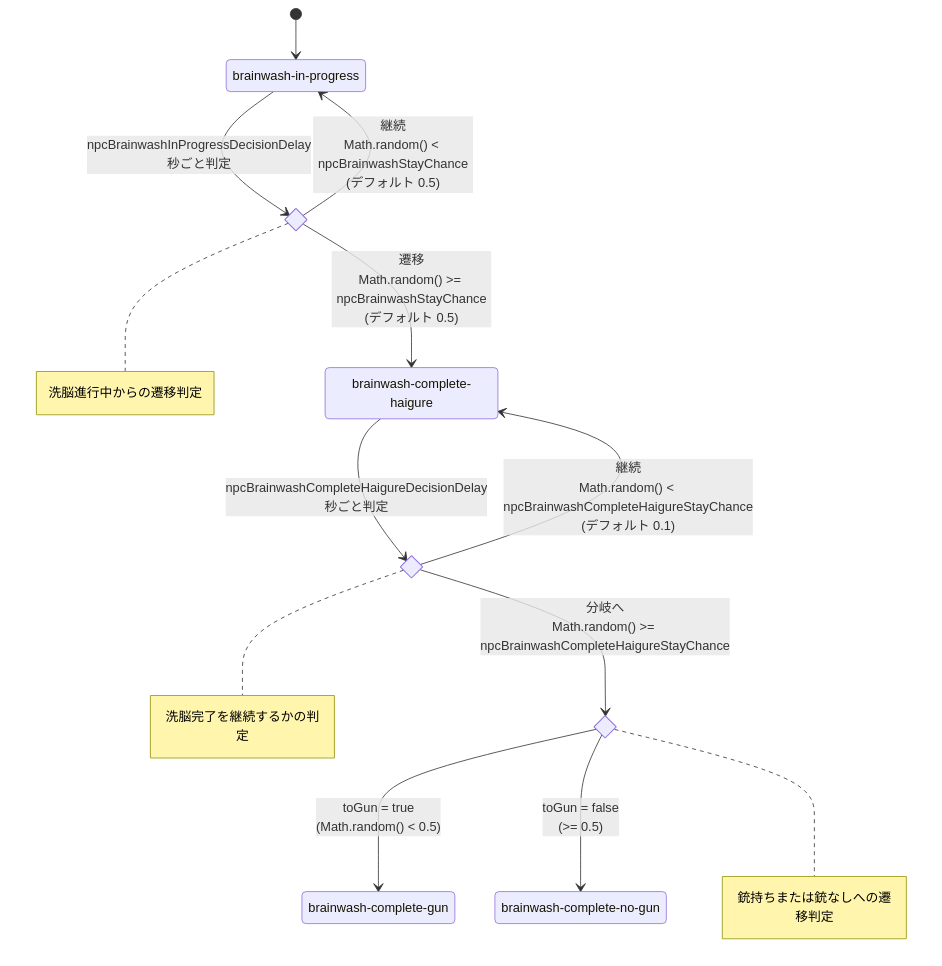
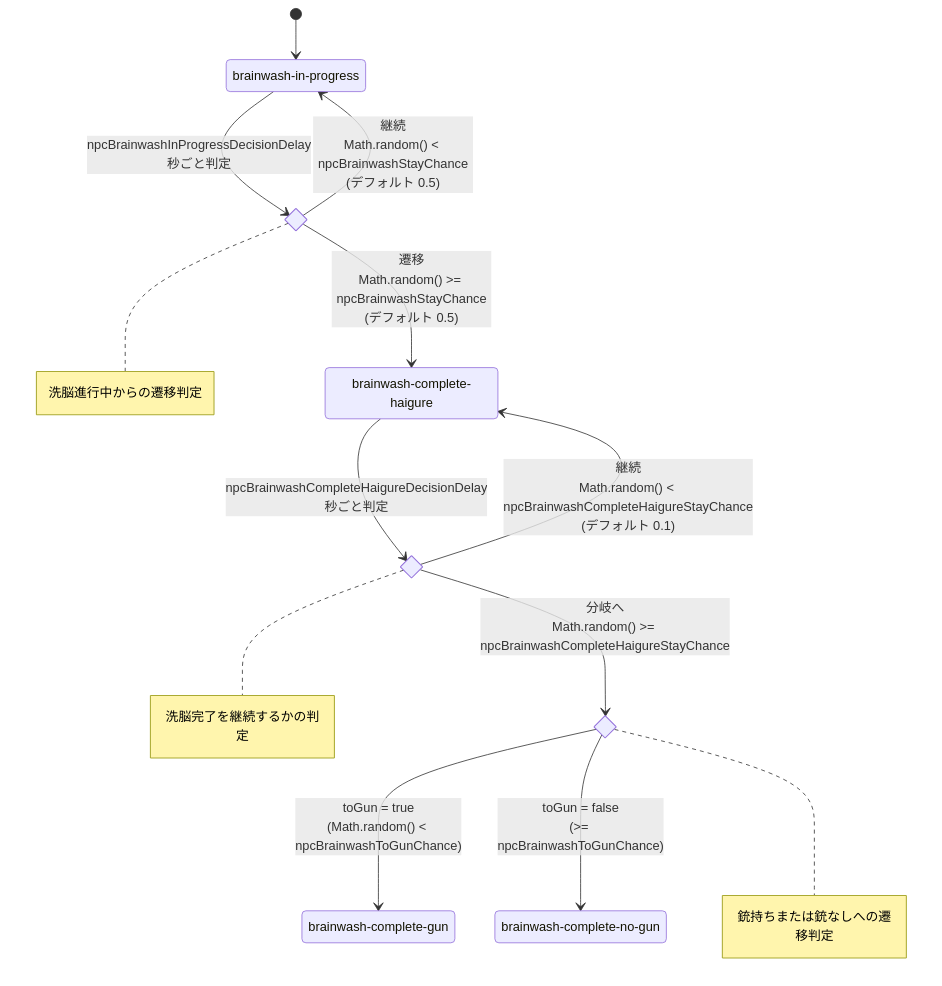
Before and after one commit to catoriinu/haigure_survival: the diagram in README.md, drawn with Mermaid. The commit also changed other lines of this file and 1 other file, not shown here.

Commit message:
fix: NPCの洗脳状態遷移に関する設定を明確化し、確率判定を修正

````diff
--- a/README.md
+++ b/README.md
@@ -159,33 +159,33 @@
 ```mermaid
 stateDiagram-v2
     state "brainwash-in-progress" as brainwashInProgress
     state "brainwash-complete-haigure" as brainwashCompleteHaigure
     state "brainwash-complete-gun" as brainwashCompleteGun
     state "brainwash-complete-no-gun" as brainwashCompleteNoGun
 
     state inProgressDecision <<choice>>
     state haigureStayDecision <<choice>>
     state gunNoGunDecision <<choice>>
 
     note right of inProgressDecision
       洗脳進行中からの遷移判定
     end note
     note right of haigureStayDecision
       洗脳完了を継続するかの判定
     end note
     note right of gunNoGunDecision
       銃持ちまたは銃なしへの遷移判定
     end note
 
     [*] --> brainwashInProgress
 
     brainwashInProgress --> inProgressDecision: npcBrainwashInProgressDecisionDelay秒ごと判定
     inProgressDecision --> brainwashInProgress: 継続<br/>Math.random() < npcBrainwashStayChance<br/>(デフォルト 0.5)
     inProgressDecision --> brainwashCompleteHaigure: 遷移<br/>Math.random() >= npcBrainwashStayChance<br/>(デフォルト 0.5)
 
     brainwashCompleteHaigure --> haigureStayDecision: npcBrainwashCompleteHaigureDecisionDelay秒ごと判定
     haigureStayDecision --> brainwashCompleteHaigure: 継続<br/>Math.random() < npcBrainwashCompleteHaigureStayChance<br/>(デフォルト 0.1)
     haigureStayDecision --> gunNoGunDecision: 分岐へ<br/>Math.random() >= npcBrainwashCompleteHaigureStayChance
-    gunNoGunDecision --> brainwashCompleteGun: toGun = true<br/>(Math.random() < 0.5)
-    gunNoGunDecision --> brainwashCompleteNoGun: toGun = false<br/>(>= 0.5)
+    gunNoGunDecision --> brainwashCompleteGun: toGun = true<br/>(Math.random() < npcBrainwashToGunChance)
+    gunNoGunDecision --> brainwashCompleteNoGun: toGun = false<br/>(>= npcBrainwashToGunChance)
 ```
````
